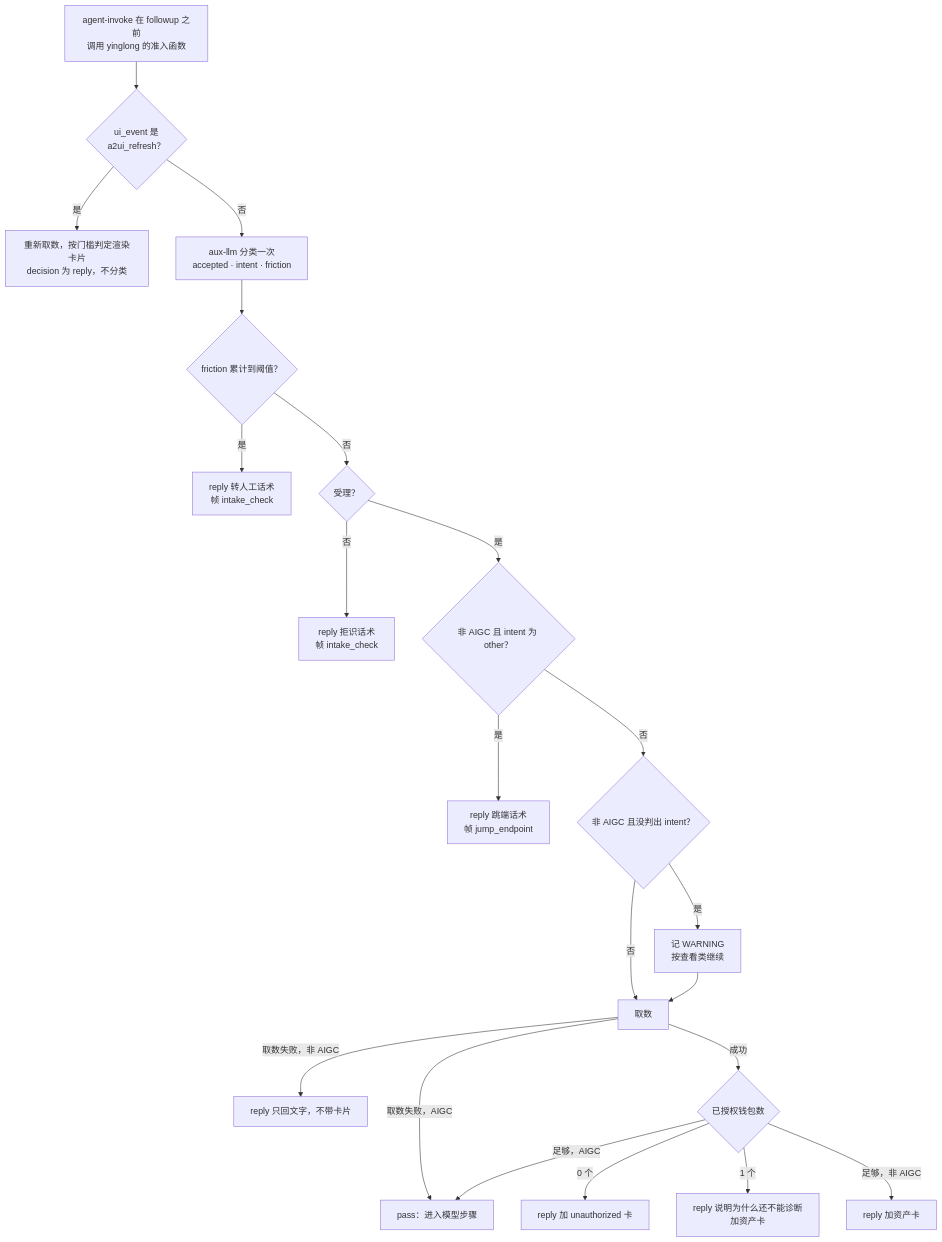
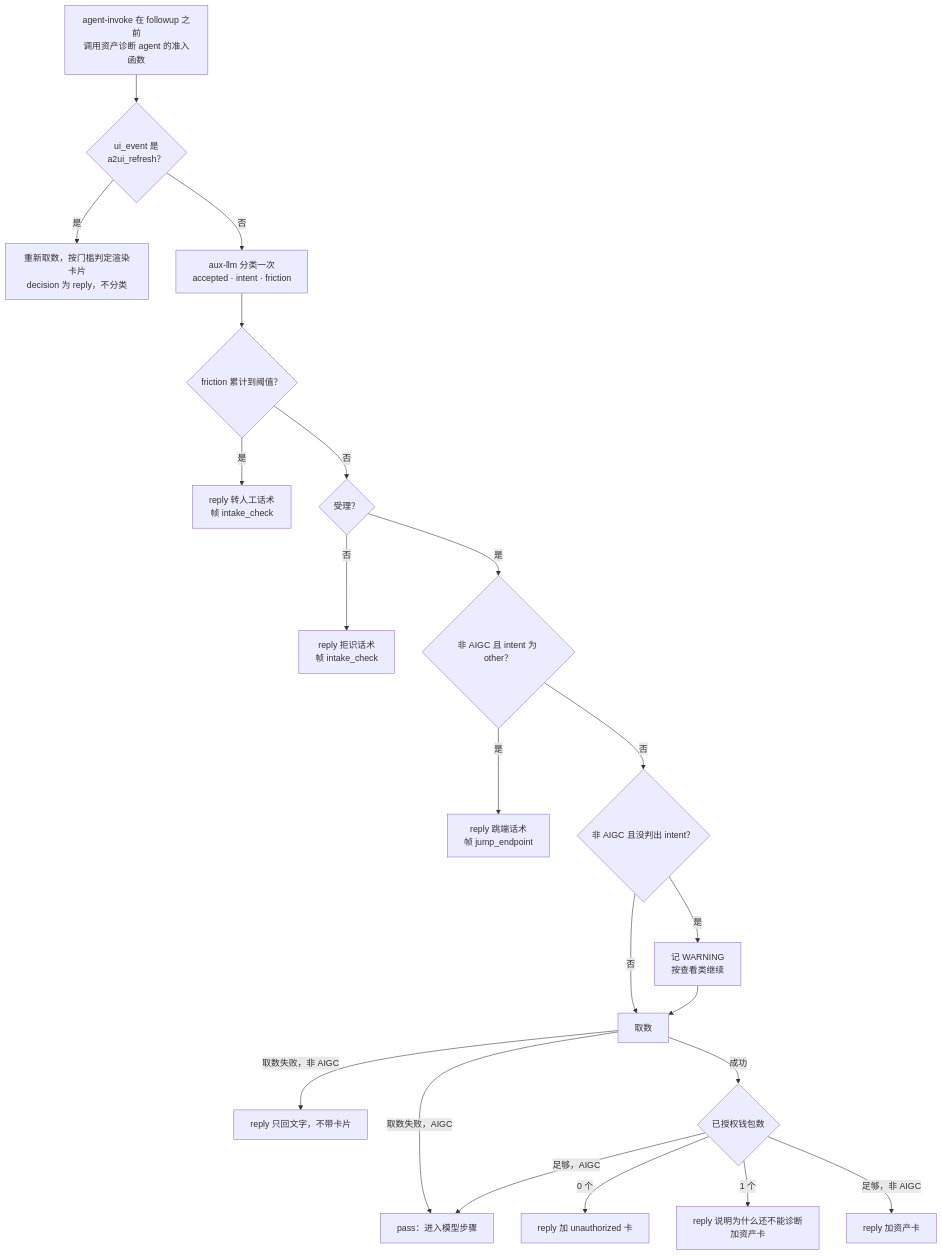
Before and after one commit to lyteboat/boat: the second of 3 diagrams in docs/04-reference-alignment.md, drawn with Mermaid. The commit also changed other lines of this file and 45 other files, not shown here.

````diff
--- a/docs/04-reference-alignment.md
+++ b/docs/04-reference-alignment.md
@@ -866,23 +868,23 @@
 ```mermaid
 flowchart TB
-  A["agent-invoke 在 followup 之前<br/>调用 yinglong 的准入函数"] --> B{"ui_event 是<br/>a2ui_refresh？"}
+  A["agent-invoke 在 followup 之前<br/>调用资产诊断 agent 的准入函数"] --> B{"ui_event 是<br/>a2ui_refresh？"}
   B -->|"是"| R["重新取数，按门槛判定渲染卡片<br/>decision 为 reply，不分类"]
   B -->|"否"| G["aux-llm 分类一次<br/>accepted · intent · friction"]
   G --> F{"friction 累计到阈值？"}
   F -->|"是"| H["reply 转人工话术<br/>帧 intake_check"]
   F -->|"否"| X{"受理？"}
   X -->|"否"| J["reply 拒识话术<br/>帧 intake_check"]
   X -->|"是"| C{"非 AIGC 且 intent 为 other？"}
   C -->|"是"| K["reply 跳端话术<br/>帧 jump_endpoint"]
   C -->|"否"| W{"非 AIGC 且没判出 intent？"}
   W -->|"是"| W2["记 WARNING<br/>按查看类继续"]
   W -->|"否"| T["取数"]
   W2 --> T
   T -->|"取数失败，AIGC"| P["pass：进入模型步骤"]
   T -->|"取数失败，非 AIGC"| Q["reply 只回文字，不带卡片"]
   T -->|"成功"| U{"已授权钱包数"}
   U -->|"0 个"| U0["reply 加 unauthorized 卡"]
   U -->|"1 个"| U1["reply 说明为什么还不能诊断<br/>加资产卡"]
   U -->|"足够，AIGC"| P
   U -->|"足够，非 AIGC"| V["reply 加资产卡"]
 ```
````
